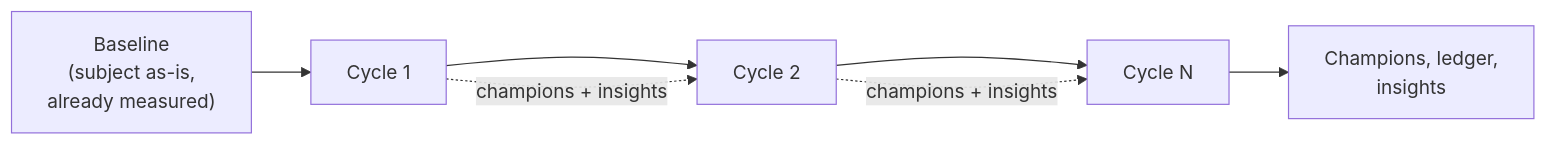
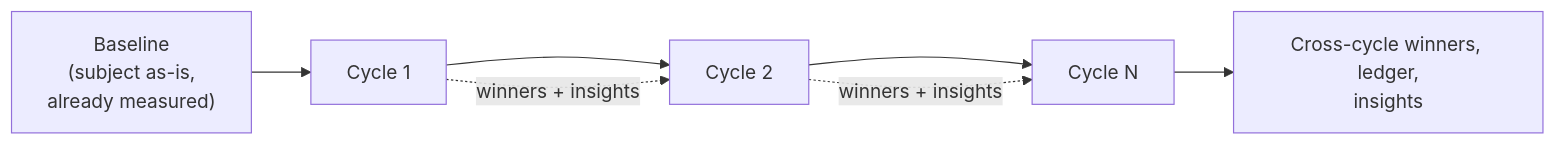
One commit to yanivholder2/cache-evolve changed the first of 3 diagrams in wiki/Home.md. Above: the diagram before and after it, drawn with Mermaid. The commit also changed other lines of this file and 21 other files, not shown here.

Commit message:
Rename Pareto-front terminology to Winners; champions to cross-cycle winners

````diff
--- a/wiki/Home.md
+++ b/wiki/Home.md
@@ -11,9 +11,9 @@
 ```mermaid
 flowchart LR
     BL["Baseline<br/>(subject as-is,<br/>already measured)"] --> C1["Cycle 1"]
     C1 --> C2["Cycle 2"]
     C2 --> CN["Cycle N"]
-    C1 -. champions + insights .-> C2
-    C2 -. champions + insights .-> CN
-    CN --> OUT["Champions, ledger,<br/>insights"]
+    C1 -. winners + insights .-> C2
+    C2 -. winners + insights .-> CN
+    CN --> OUT["Cross-cycle winners, ledger,<br/>insights"]
 ```
````
